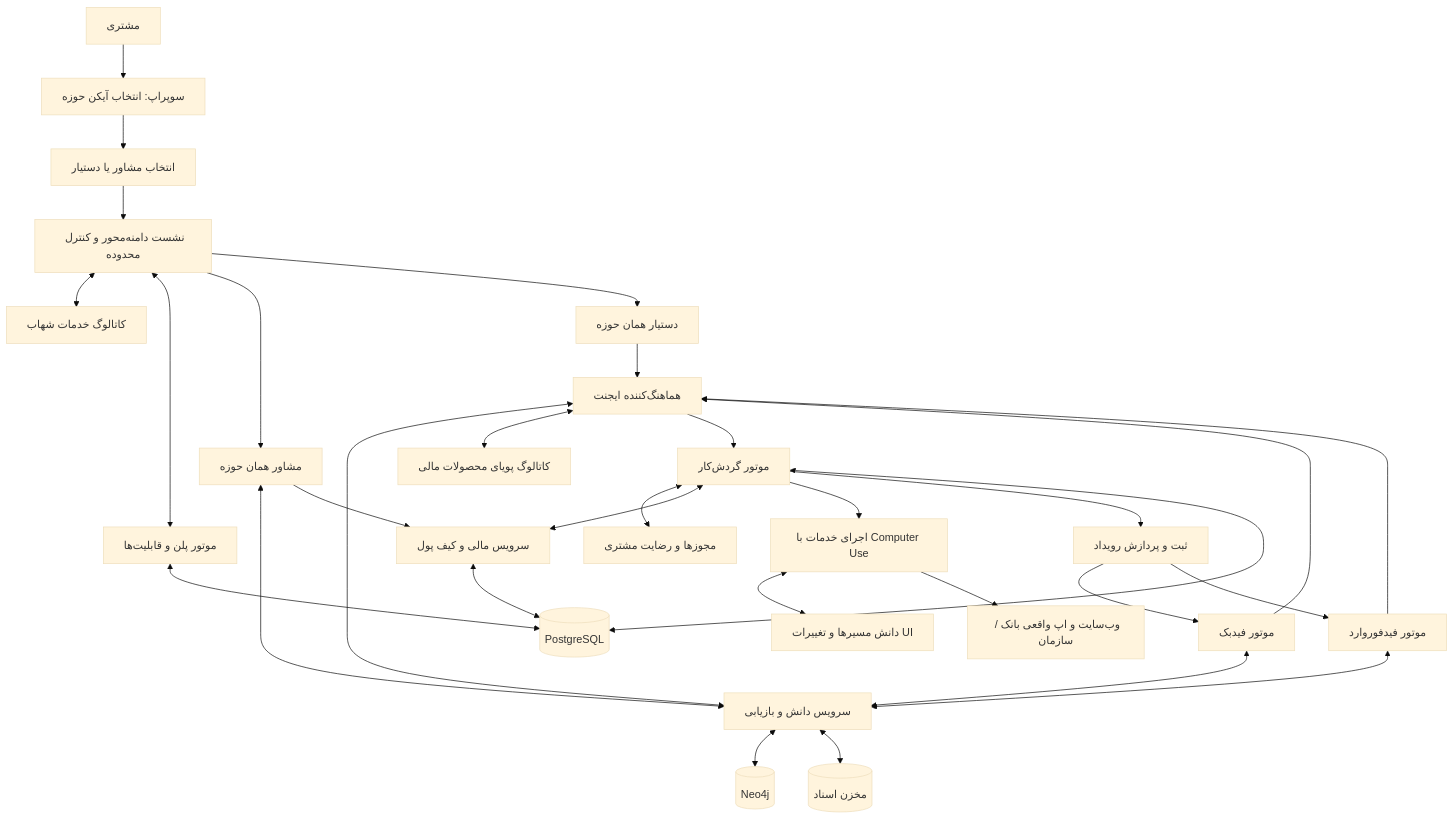
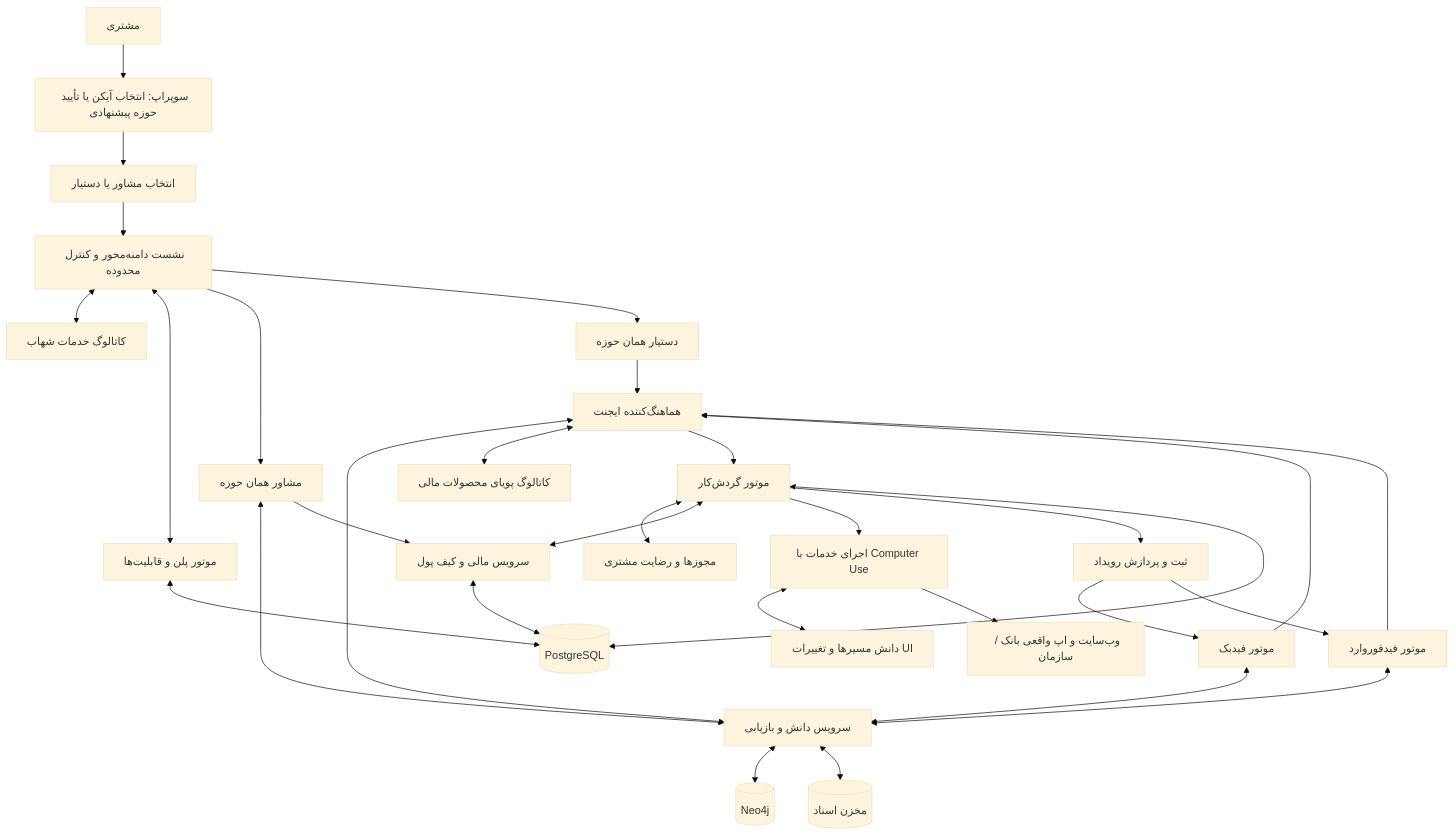
One commit to Brotherlouiee/shahab-demo changed the fourth of 26 diagrams in docs/SHAHAB_PHASE_2_DEVELOPMENT_BLUEPRINT.md. Above: the diagram before and after it, drawn with Mermaid (base theme). The commit also changed other lines of this file, not shown here.

````diff
--- a/docs/SHAHAB_PHASE_2_DEVELOPMENT_BLUEPRINT.md
+++ b/docs/SHAHAB_PHASE_2_DEVELOPMENT_BLUEPRINT.md
@@ -792,33 +792,33 @@
 ```mermaid
 flowchart TB
-    U["مشتری"] --> UI["سوپراپ: انتخاب آیکن حوزه"]
+    U["مشتری"] --> UI["سوپراپ: انتخاب آیکن یا تأیید حوزه پیشنهادی"]
     UI --> MODE["انتخاب مشاور یا دستیار"]
     MODE --> SCOPE["نشست دامنه‌محور و کنترل محدوده"]
     SCOPE <--> CAT["کاتالوگ خدمات شهاب"]
     SCOPE <--> ENT["موتور پلن و قابلیت‌ها"]
     SCOPE --> ADV["مشاور همان حوزه"]
     SCOPE --> AST["دستیار همان حوزه"]
     ADV <--> KNOW["سرویس دانش و بازیابی"]
     ADV --> BILL["سرویس مالی و کیف پول"]
     AST --> ORC["هماهنگ‌کننده ایجنت"]
     ORC <--> KNOW
     ORC <--> PCAT["کاتالوگ پویای محصولات مالی"]
     ORC --> WF["موتور گردش‌کار"]
     WF <--> AUTH["مجوزها و رضایت مشتری"]
     WF <--> BILL
     WF --> CU["اجرای خدمات با Computer Use"]
     CU <--> UIM["دانش مسیرها و تغییرات UI"]
     CU --> BANK["وب‌سایت و اپ واقعی بانک / سازمان"]
     WF --> EVT["ثبت و پردازش رویداد"]
     EVT --> FB["موتور فیدبک"]
     EVT --> FF["موتور فیدفوروارد"]
     FB <--> KNOW
     FF <--> KNOW
     FB --> ORC
     FF --> ORC
     WF <--> PG[("PostgreSQL")]
     ENT <--> PG
     BILL <--> PG
     KNOW <--> GRAPH[("Neo4j")]
     KNOW <--> DOC[("مخزن اسناد")]
 ```
````
